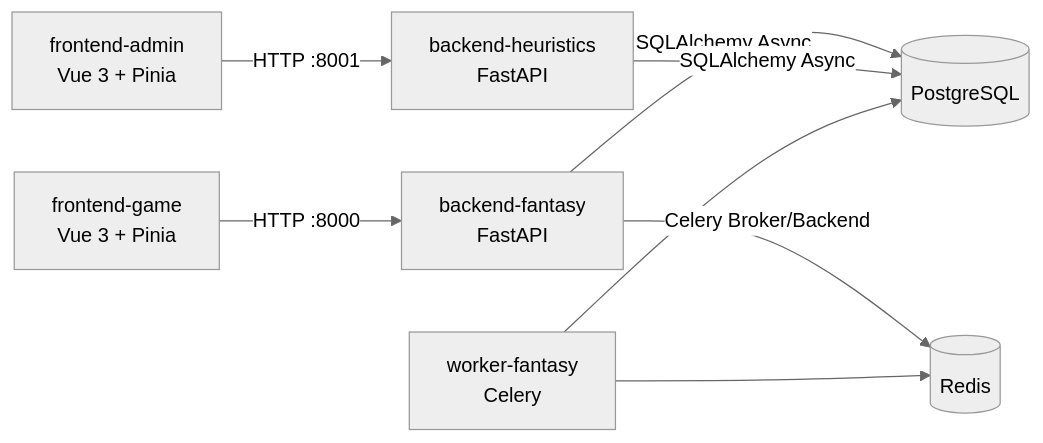
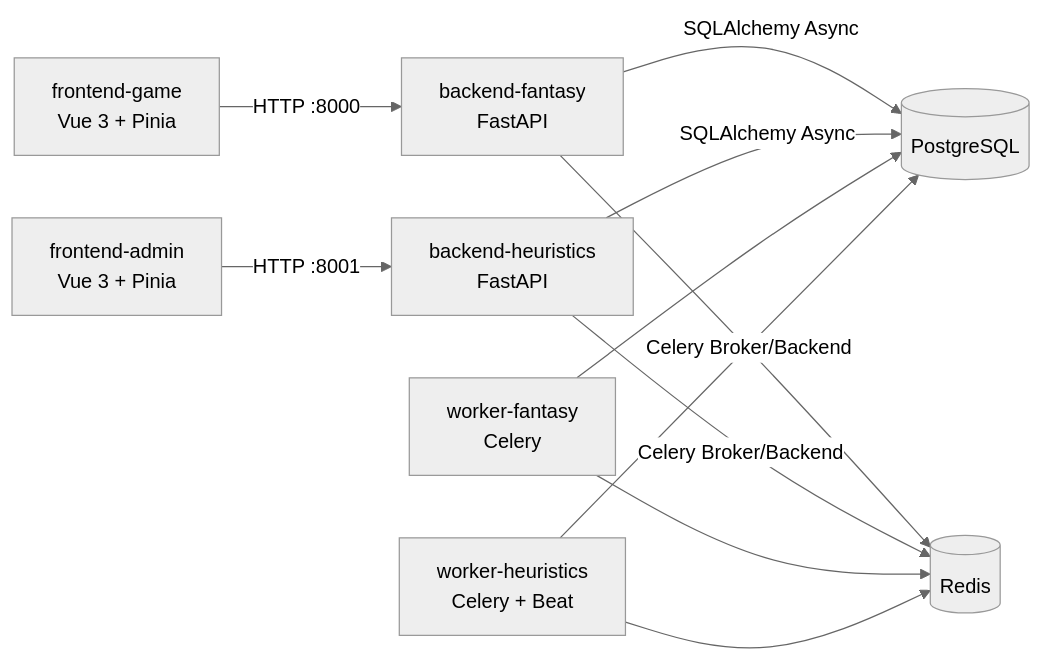
One commit to lyonpamplona/fantasy-fivem changed the diagram in README.md. Above: the diagram before and after it, drawn with Mermaid (neutral theme). The commit also changed other lines of this file and 19 other files, not shown here.

````diff
--- a/README.md
+++ b/README.md
@@ -25,10 +25,13 @@
 ```mermaid
 flowchart LR
   FG[frontend-game\nVue 3 + Pinia] -->|HTTP :8000| BF[backend-fantasy\nFastAPI]
   FA[frontend-admin\nVue 3 + Pinia] -->|HTTP :8001| BH[backend-heuristics\nFastAPI]
   BF -->|SQLAlchemy Async| DB[(PostgreSQL)]
   BH -->|SQLAlchemy Async| DB
   BF -->|Celery Broker/Backend| R[(Redis)]
+  BH -->|Celery Broker/Backend| R
   WF[worker-fantasy\nCelery] --> R
+  WH[worker-heuristics\nCelery + Beat] --> R
   WF --> DB
+  WH --> DB
 ```
````
